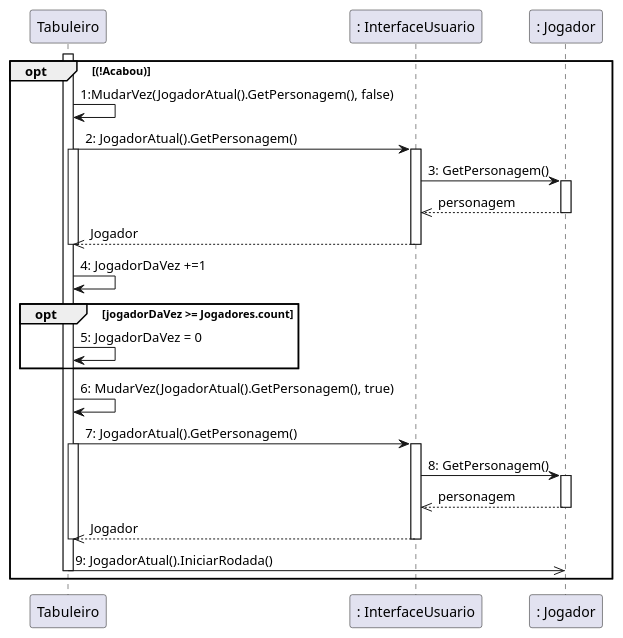
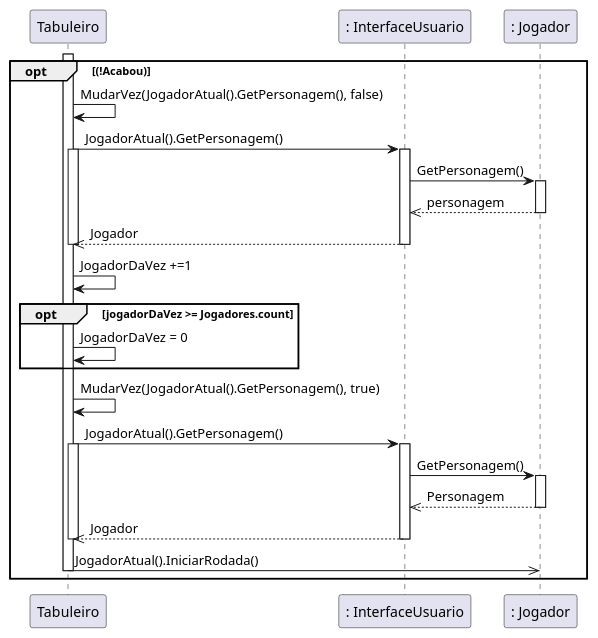
One commit to rogerpcto/ProjetoDeSoftware-UFF changed the diagram in Documentação/diagrama-de-sequencia-proximo-jogador.plantuml. Above: the diagram before and after it, drawn with PlantUML. The commit also changed 7 other files, not shown here.

Commit message:
Corrige diagramas de sequência

```diff
--- a/Documentação/diagrama-de-sequencia-proximo-jogador.plantuml
+++ b/Documentação/diagrama-de-sequencia-proximo-jogador.plantuml
@@ -1,33 +1,33 @@
 @startuml
 opt (!Acabou)
 Activate Tabuleiro
-": Tabuleiro" as  Tabuleiro->": Tabuleiro" as  Tabuleiro : 1:MudarVez(JogadorAtual().GetPersonagem(), false)
-Tabuleiro -> ": InterfaceUsuario" as GUI : 2: JogadorAtual().GetPersonagem()
+": Tabuleiro" as  Tabuleiro->": Tabuleiro" as  Tabuleiro : MudarVez(JogadorAtual().GetPersonagem(), false)
+Tabuleiro -> ": InterfaceUsuario" as GUI : JogadorAtual().GetPersonagem()
     activate Tabuleiro
     activate GUI
-    GUI -> ": Jogador" as Jogador : 3: GetPersonagem()
+    GUI -> ": Jogador" as Jogador : GetPersonagem()
     activate Jogador
     GUI <<-- Jogador : personagem
     deactivate Jogador
     Tabuleiro <<-- GUI : Jogador
     deactivate GUI
     deactivate Tabuleiro
-Tabuleiro -> Tabuleiro : 4: JogadorDaVez +=1
+Tabuleiro -> Tabuleiro : JogadorDaVez +=1
     opt jogadorDaVez >= Jogadores.count
-        Tabuleiro -> Tabuleiro : 5: JogadorDaVez = 0
+        Tabuleiro -> Tabuleiro : JogadorDaVez = 0
     end
-Tabuleiro -> Tabuleiro : 6: MudarVez(JogadorAtual().GetPersonagem(), true)
-    Tabuleiro -> GUI : 7: JogadorAtual().GetPersonagem()
+Tabuleiro -> Tabuleiro : MudarVez(JogadorAtual().GetPersonagem(), true)
+    Tabuleiro -> GUI : JogadorAtual().GetPersonagem()
     activate Tabuleiro
     activate GUI
-    GUI -> ": Jogador" as Jogador : 8: GetPersonagem()
+    GUI -> ": Jogador" as Jogador : GetPersonagem()
     activate Jogador
-    GUI <<-- Jogador : personagem
+    GUI <<-- Jogador : Personagem
     deactivate Jogador
     Tabuleiro <<-- GUI : Jogador
     deactivate GUI
     deactivate Tabuleiro
-Tabuleiro ->> Jogador : 9: JogadorAtual().IniciarRodada()
+Tabuleiro ->> Jogador : JogadorAtual().IniciarRodada()
 deactivate Tabuleiro
 end
 @enduml
```
